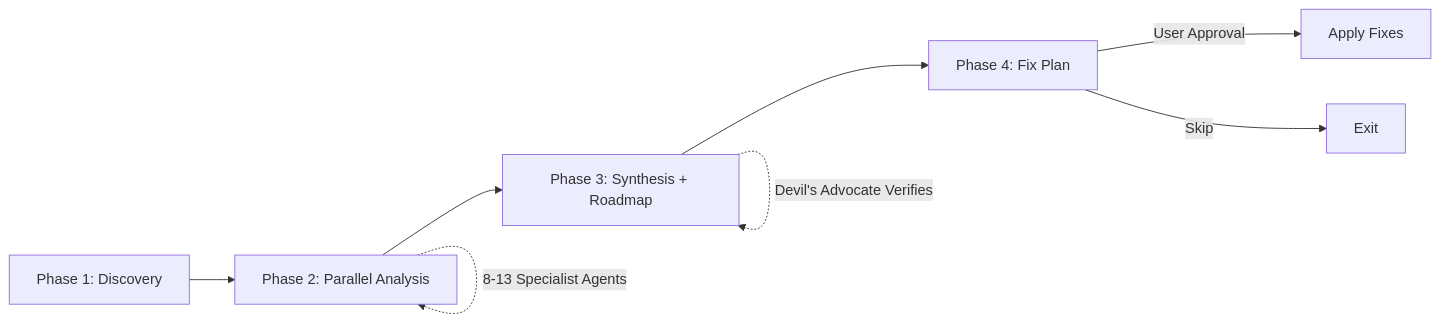
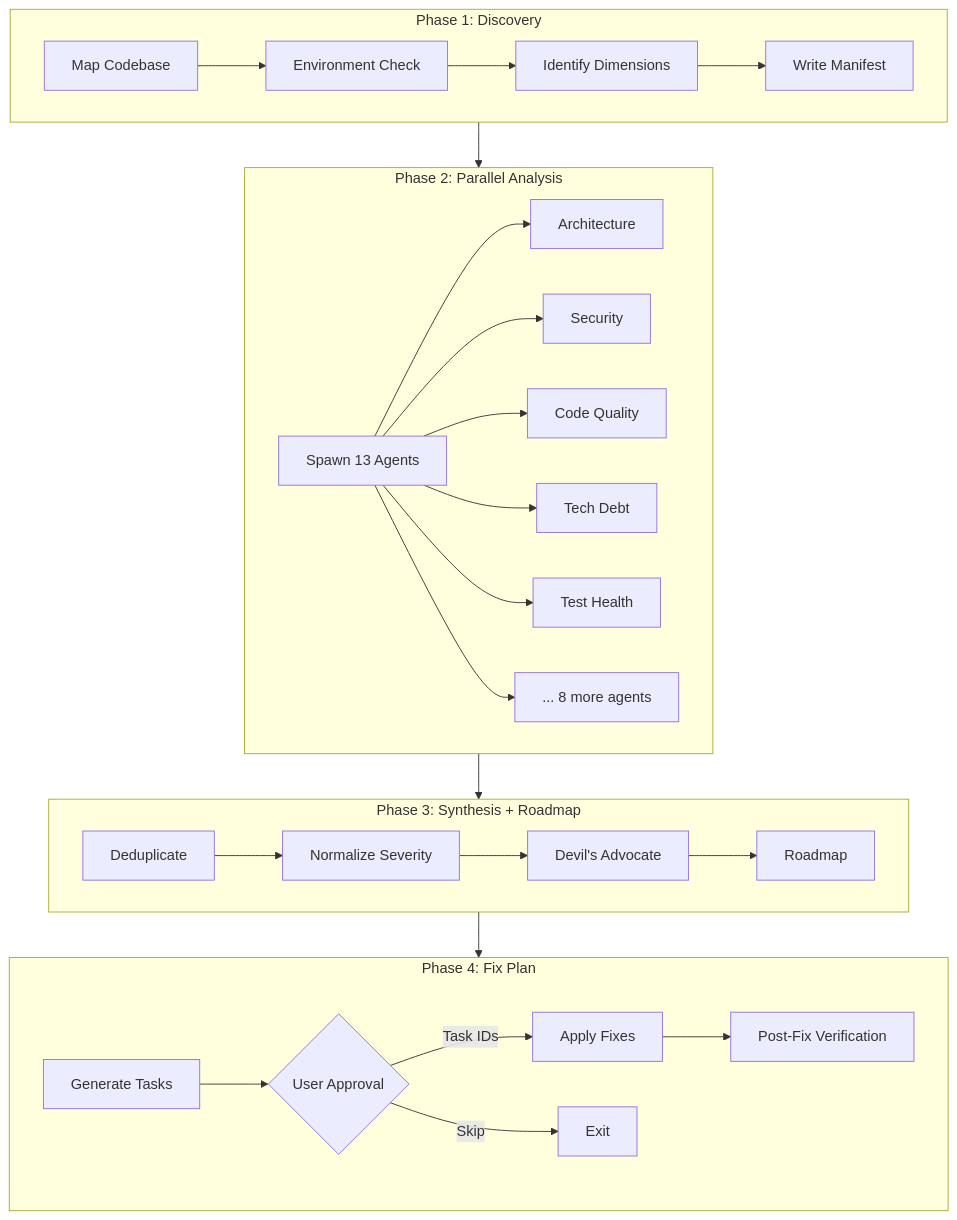
The diagram in README.md (artgaurav16420-oss/Complete-Codebase-Review), drawn with Mermaid before and after one commit. The commit also changed other lines of this file, not shown here.

First line of the commit message:
Rewrite README.md at 100K-star quality level

````diff
--- a/README.md
+++ b/README.md
@@ -15,10 +16,30 @@
 ```mermaid
-flowchart LR
-    A[Phase 1: Discovery] --> B[Phase 2: Parallel Analysis]
-    B --> C[Phase 3: Synthesis + Roadmap]
-    C --> D[Phase 4: Fix Plan]
-    D -->|User Approval| E[Apply Fixes]
-    D -->|Skip| F[Exit]
-    B -.->|8-13 Specialist Agents| B
-    C -.->|Devil's Advocate Verifies| C
+flowchart TB
+    subgraph Phase1[Phase 1: Discovery]
+        A1[Map Codebase] --> A2[Environment Check]
+        A2 --> A3[Identify Dimensions]
+        A3 --> A4[Write Manifest]
+    end
+    subgraph Phase2[Phase 2: Parallel Analysis]
+        B1[Spawn 13 Agents] --> B2[Architecture]
+        B1 --> B3[Security]
+        B1 --> B4[Code Quality]
+        B1 --> B5[Tech Debt]
+        B1 --> B6[Test Health]
+        B1 --> B7[... 8 more agents]
+    end
+    subgraph Phase3[Phase 3: Synthesis + Roadmap]
+        C1[Deduplicate] --> C2[Normalize Severity]
+        C2 --> C3[Devil's Advocate]
+        C3 --> C4[Roadmap]
+    end
+    subgraph Phase4[Phase 4: Fix Plan]
+        D1[Generate Tasks] --> D2{User Approval}
+        D2 -->|Task IDs| D3[Apply Fixes]
+        D2 -->|Skip| D4[Exit]
+        D3 --> D5[Post-Fix Verification]
+    end
+    Phase1 --> Phase2
+    Phase2 --> Phase3
+    Phase3 --> Phase4
 ```
````
